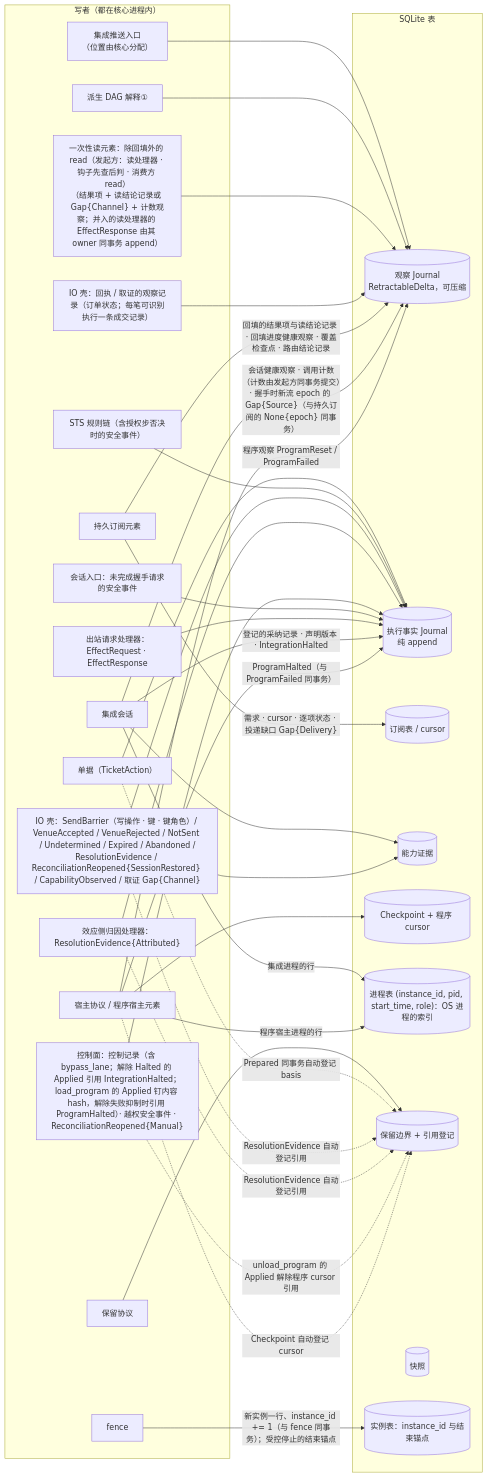
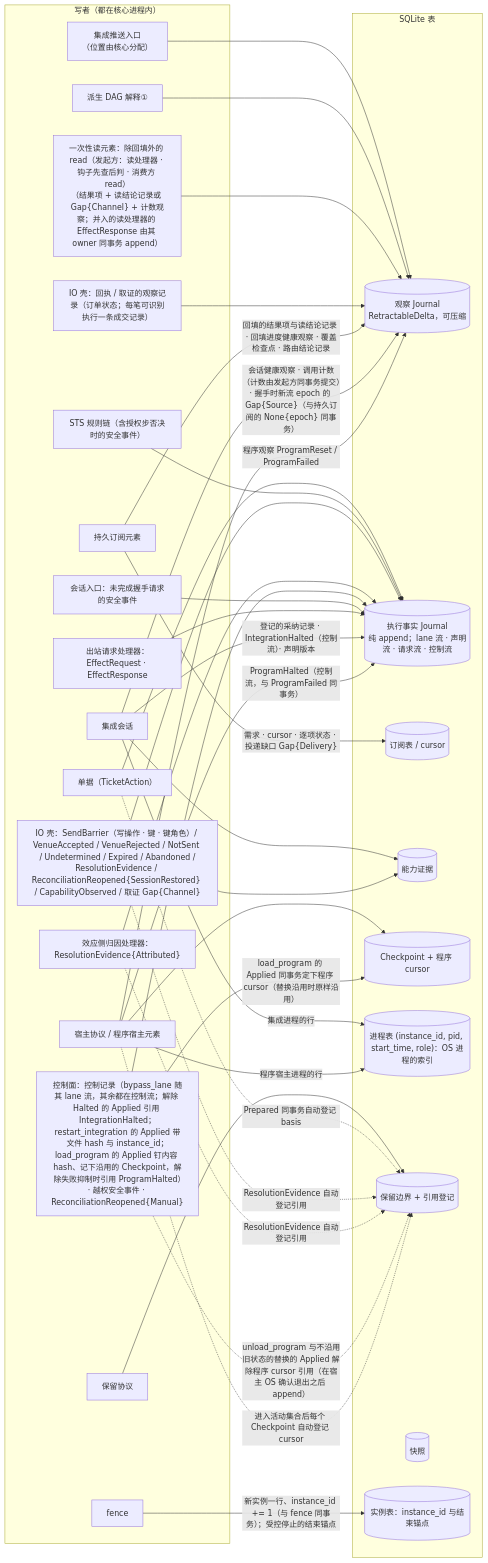
Before and after one commit to mouriya-s-lab/uta: the fourth of 6 diagrams in design/diagrams/01-process-topology.md, drawn with Mermaid. The commit also changed other lines of this file and 6 other files, not shown here.

Commit message:
design: control stream for adoption, halts and program control; integration run ends after OS-confirmed exit; unload and replacement ordered after in-flight output; cursors set in the Applied; load check waits for first declaration

````diff
--- a/design/diagrams/01-process-topology.md
+++ b/design/diagrams/01-process-topology.md
@@ -169,61 +169,62 @@
 ```mermaid
 flowchart LR
   subgraph W["写者（都在核心进程内）"]
     PUSH["集成推送入口<br/>（位置由核心分配）"]
     DAG["派生 DAG 解释①"]
     RD["一次性读元素：除回填外的 read（发起方：读处理器 · 钩子先查后判 · 消费方 read）<br/>（结果项 + 读结论记录或 Gap{Channel} + 计数观察；并入的读处理器的 EffectResponse 由其 owner 同事务 append）"]
     IOR["IO 壳：回执 / 取证的观察记录（订单状态；每笔可识别执行一条成交记录）"]
     TK["单据（TicketAction）"]
     STS["STS 规则链（含授权步否决时的安全事件）"]
     IOE["IO 壳：SendBarrier（写操作 · 键 · 键角色）/ VenueAccepted / VenueRejected / NotSent / Undetermined / Expired / Abandoned /<br/>ResolutionEvidence / ReconciliationReopened{SessionRestored} / CapabilityObserved / 取证 Gap{Channel}"]
     ATTR["效应侧归因处理器：ResolutionEvidence{Attributed}"]
-    CTL["控制面：控制记录（含 bypass_lane；解除 Halted 的 Applied 引用 IntegrationHalted；load_program 的 Applied 钉内容 hash，解除失败抑制时引用 ProgramHalted）· 越权安全事件 · ReconciliationReopened{Manual}"]
+    CTL["控制面：控制记录（bypass_lane 随其 lane 流，其余都在控制流；解除 Halted 的 Applied 引用 IntegrationHalted；restart_integration 的 Applied 带文件 hash 与 instance_id；load_program 的 Applied 钉内容 hash、记下沿用的 Checkpoint，解除失败抑制时引用 ProgramHalted）· 越权安全事件 · ReconciliationReopened{Manual}"]
     SESS["会话入口：未完成握手请求的安全事件"]
     OUT["出站请求处理器：EffectRequest · EffectResponse"]
     SUBEL["持久订阅元素"]
     ISESS["集成会话"]
     HOSTP["宿主协议 / 程序宿主元素"]
     FENCE["fence"]
     RET["保留协议"]
   end
   subgraph T["SQLite 表"]
     OJ[("观察 Journal<br/>RetractableDelta，可压缩")]
-    EJ[("执行事实 Journal<br/>纯 append")]
+    EJ[("执行事实 Journal<br/>纯 append；lane 流 · 声明流 · 请求流 · 控制流")]
     SUB[("订阅表 / cursor")]
     CAP[("能力证据")]
     CK[("Checkpoint + 程序 cursor")]
     PT[("进程表 (instance_id, pid, start_time, role)：OS 进程的索引")]
     RB[("保留边界 + 引用登记")]
     SN[("快照")]
     IID[("实例表：instance_id 与结束锚点")]
   end
   PUSH --> OJ
   DAG --> OJ
   RD --> OJ
   IOR --> OJ
   TK --> EJ
   STS --> EJ
   IOE --> EJ
   ATTR --> EJ
   CTL --> EJ
   SESS --> EJ
   OUT --> EJ
   SUBEL -->|"需求 · cursor · 逐项状态 · 投递缺口 Gap{Delivery}"| SUB
   SUBEL -->|"回填的结果项与读结论记录 · 回填进度健康观察 · 覆盖检查点 · 路由结论记录"| OJ
   ISESS --> CAP
-  ISESS -->|"登记的采纳记录 · 声明版本 · IntegrationHalted"| EJ
+  ISESS -->|"登记的采纳记录 · IntegrationHalted（控制流）· 声明版本"| EJ
   ISESS -->|"集成进程的行"| PT
   ISESS -->|"会话健康观察 · 调用计数（计数由发起方同事务提交）· 握手时新流 epoch 的 Gap{Source}（与持久订阅的 None{epoch} 同事务）"| OJ
   HOSTP -->|"程序宿主进程的行"| PT
   IOE --> CAP
   HOSTP --> CK
   HOSTP -->|"程序观察 ProgramReset / ProgramFailed"| OJ
-  HOSTP -->|"ProgramHalted（与 ProgramFailed 同事务）"| EJ
+  HOSTP -->|"ProgramHalted（控制流，与 ProgramFailed 同事务）"| EJ
   FENCE -->|"新实例一行、instance_id += 1（与 fence 同事务）；受控停止的结束锚点"| IID
   RET --> RB
   TK -.->|"Prepared 同事务自动登记 basis"| RB
   IOE -.->|"ResolutionEvidence 自动登记引用"| RB
   ATTR -.->|"ResolutionEvidence 自动登记引用"| RB
-  CTL -.->|"unload_program 的 Applied 解除程序 cursor 引用"| RB
-  HOSTP -.->|"Checkpoint 自动登记 cursor"| RB
+  CTL -.->|"unload_program 与不沿用旧状态的替换的 Applied 解除程序 cursor 引用（在宿主 OS 确认退出之后 append）"| RB
+  CTL -->|"load_program 的 Applied 同事务定下程序 cursor（替换沿用时原样沿用）"| CK
+  HOSTP -.->|"进入活动集合后每个 Checkpoint 自动登记 cursor"| RB
 ```
````
